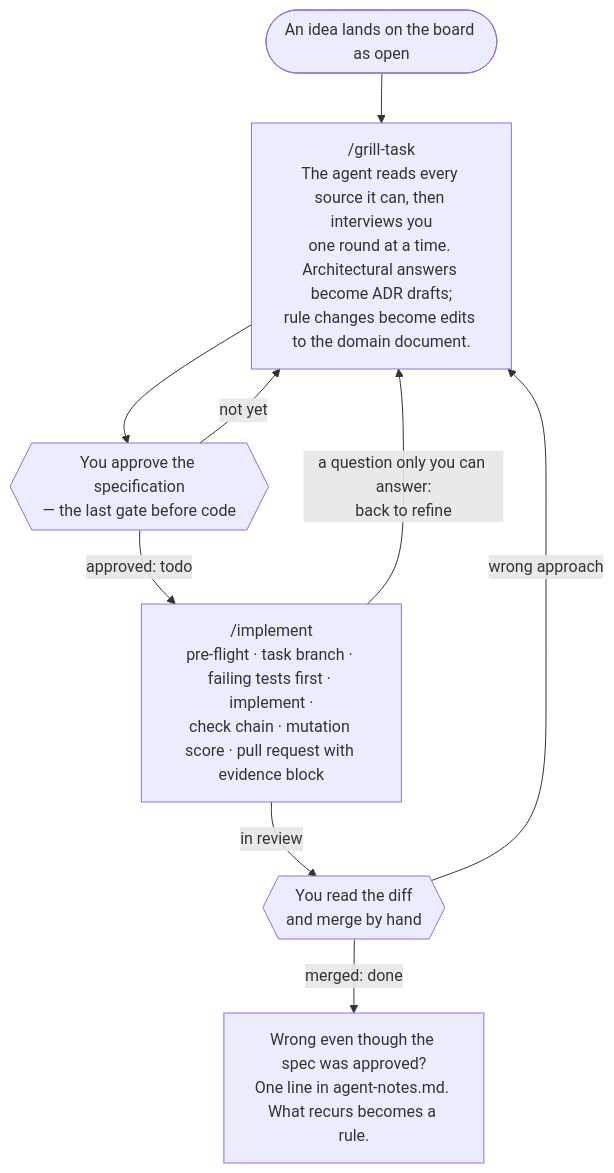
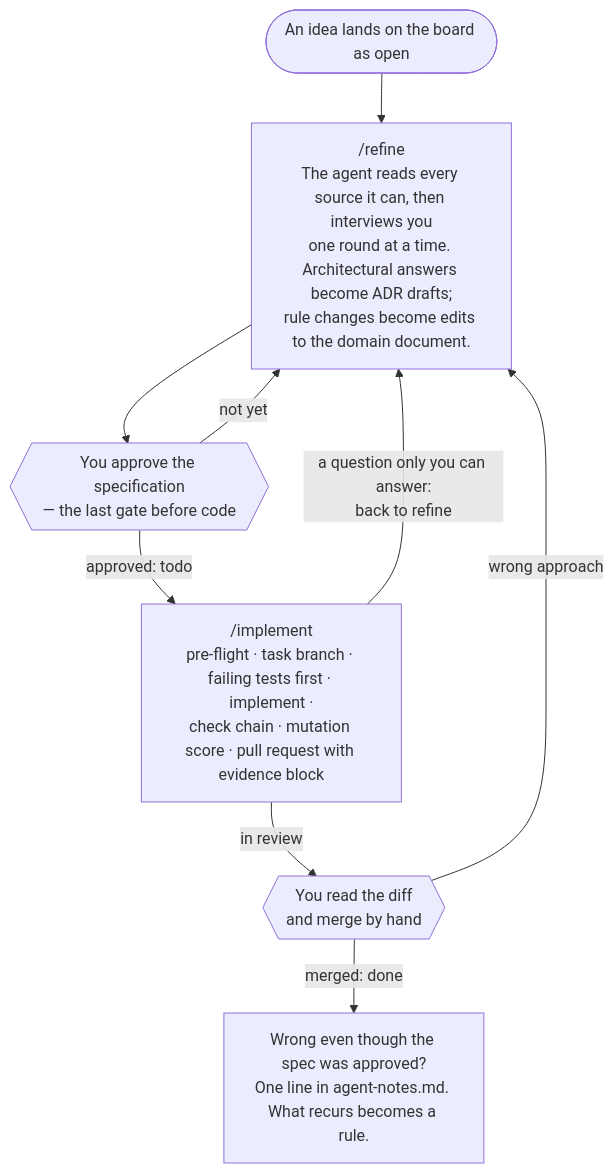
Before and after one commit to panovek/quarterdeck: the first of 2 diagrams in README.md, drawn with Mermaid. The commit also changed other lines of this file and 12 other files, not shown here.

Commit message:
Rename skill to "refine". Polish diagram workflow

````diff
--- a/README.md
+++ b/README.md
@@ -45,18 +45,18 @@
 ```mermaid
 flowchart TD
     idea([An idea lands on the board as open])
-    grill["/grill-task<br/>The agent reads every source it can, then interviews you<br/>one round at a time. Architectural answers become ADR drafts;<br/>rule changes become edits to the domain document."]
+    refine["/refine<br/>The agent reads every source it can, then interviews you<br/>one round at a time. Architectural answers become ADR drafts;<br/>rule changes become edits to the domain document."]
     approve{{"You approve the specification<br/>— the last gate before code"}}
     impl["/implement<br/>pre-flight · task branch · failing tests first · implement ·<br/>check chain · mutation score · pull request with evidence block"]
     review{{"You read the diff<br/>and merge by hand"}}
     notes["Wrong even though the spec was approved?<br/>One line in agent-notes.md. What recurs becomes a rule."]
 
-    idea --> grill
-    grill --> approve
-    approve -- "not yet" --> grill
+    idea --> refine
+    refine --> approve
+    approve -- "not yet" --> refine
     approve -- "approved: todo" --> impl
-    impl -- "a question only you can answer:<br/>back to refine" --> grill
+    impl -- "a question only you can answer:<br/>back to refine" --> refine
     impl -- "in review" --> review
-    review -- "wrong approach" --> grill
+    review -- "wrong approach" --> refine
     review -- "merged: done" --> notes
 ```
````
